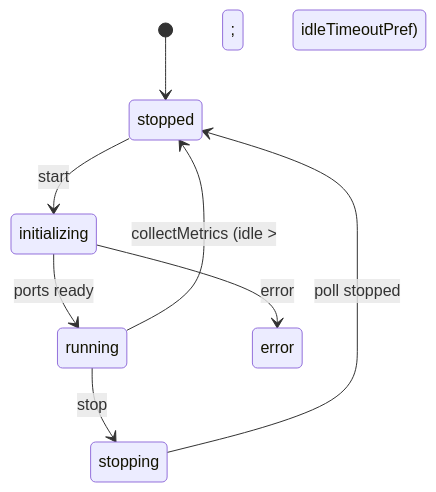
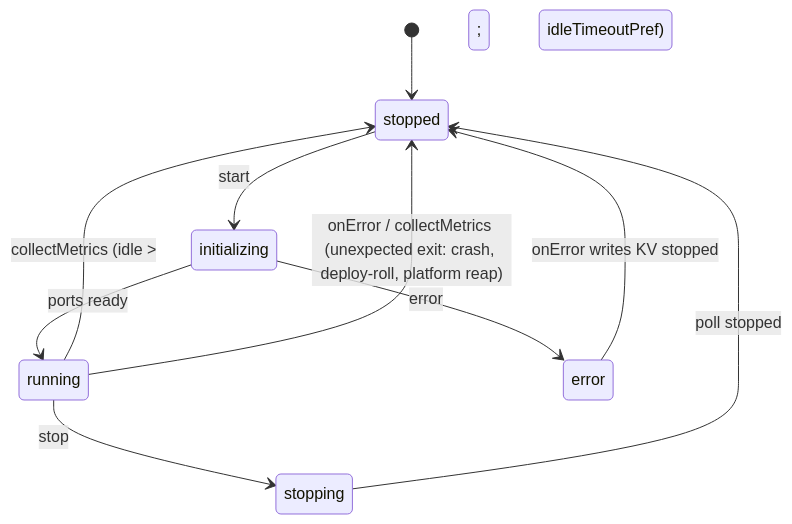
One commit to nikolanovoselec/codeflare changed the fourth of 7 diagrams in documentation/lanes/architecture.md. Above: the diagram before and after it, drawn with Mermaid. The commit also changed other lines of this file and 4 other files, not shown here.

````diff
--- a/documentation/lanes/architecture.md
+++ b/documentation/lanes/architecture.md
@@ -195,10 +204,12 @@
 ```mermaid
 stateDiagram-v2
     [*] --> stopped
     stopped --> initializing : start
     initializing --> running : ports ready
     initializing --> error : error
     running --> stopping : stop
     stopping --> stopped : poll stopped
     running --> stopped : collectMetrics (idle &gt; idleTimeoutPref)
+    running --> stopped : onError / collectMetrics (unexpected exit: crash, deploy-roll, platform reap)
+    error --> stopped : onError writes KV stopped
 ```
````
